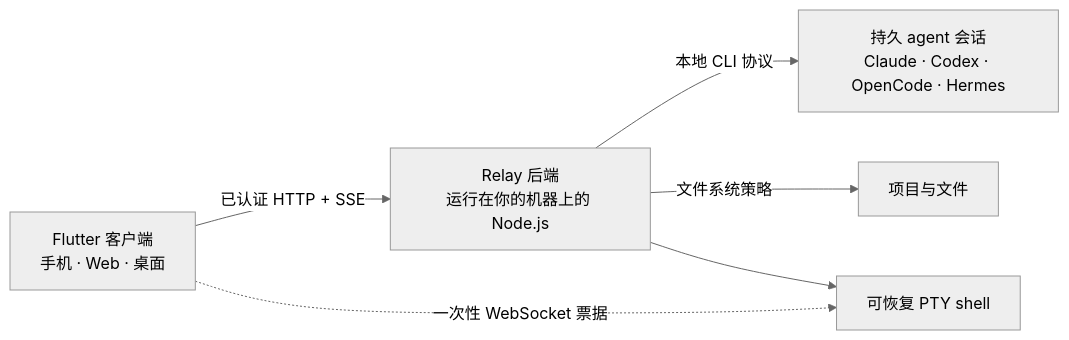
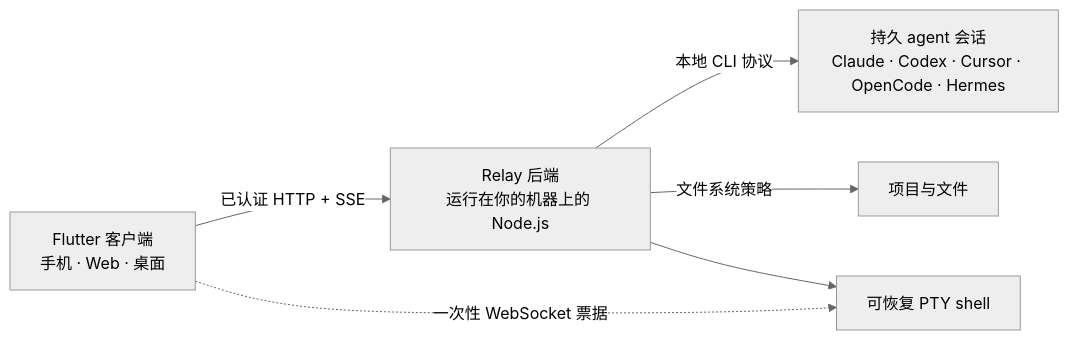
The diagram in README.zh-CN.md (elin66alpha/Relay), drawn with Mermaid (neutral theme) before and after one commit. The commit also changed other lines of this file and 114 other files, not shown here.

````diff
--- a/README.zh-CN.md
+++ b/README.zh-CN.md
@@ -71,14 +71,14 @@
 ```mermaid
 flowchart LR
     C["Flutter 客户端<br/>手机 · Web · 桌面"]
     R["Relay 后端<br/>运行在你的机器上的 Node.js"]
-    A["持久 agent 会话<br/>Claude · Codex · OpenCode · Hermes"]
+    A["持久 agent 会话<br/>Claude · Codex · Cursor · OpenCode · Hermes"]
     F["项目与文件"]
     T["可恢复 PTY shell"]
 
     C -->|"已认证 HTTP + SSE"| R
     R -->|"本地 CLI 协议"| A
     R -->|"文件系统策略"| F
     C -. "一次性 WebSocket 票据" .-> T
     R --> T
 ```
````
